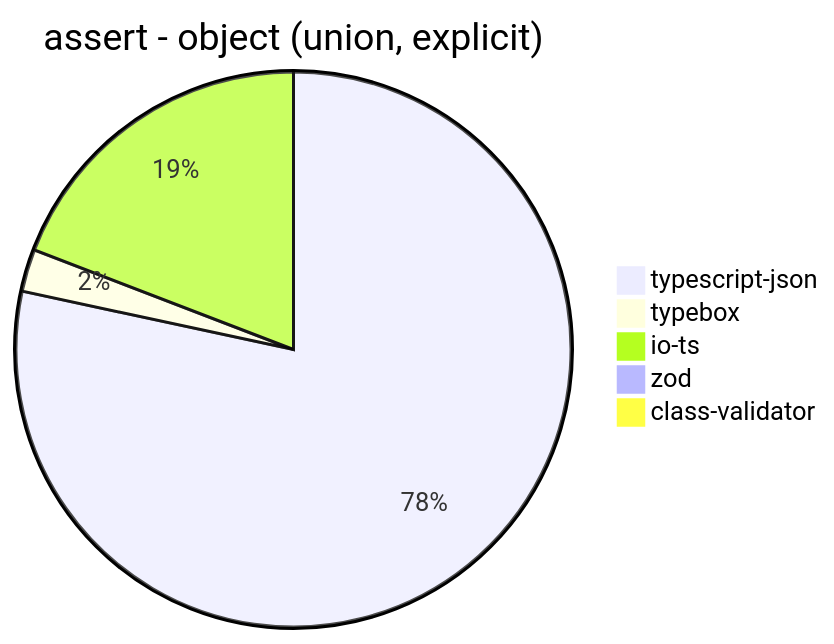
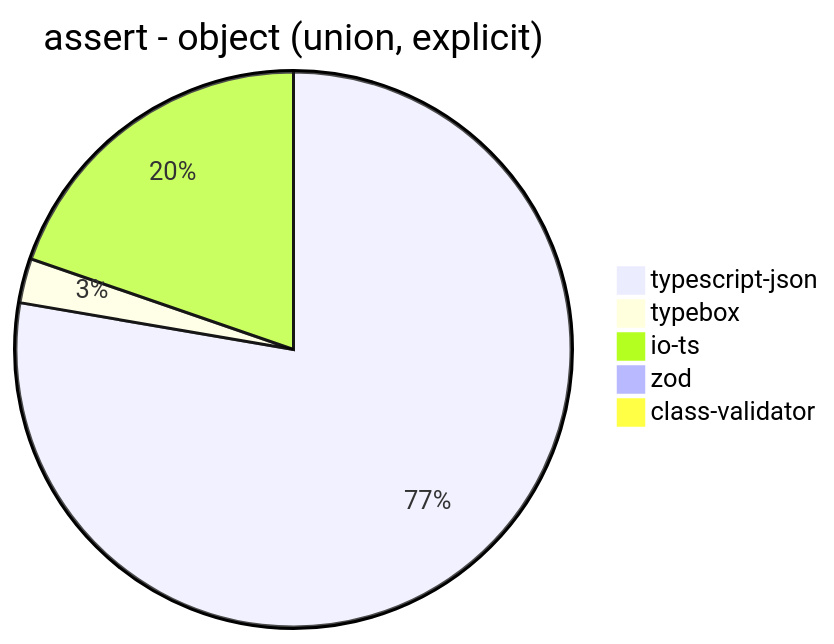
One commit to samchon/typia changed diagram 11 of 39 in benchmark/results/11th Gen Intel(R) Core(TM) i5-1135G7 @ 2.40GHz.md. Above: the diagram before and after it, drawn with Mermaid. The commit also changed other lines of this file and 177 other files, not shown here.

````diff
--- a/benchmark/results/11th Gen Intel(R) Core(TM) i5-1135G7 @ 2.40GHz.md
+++ b/benchmark/results/11th Gen Intel(R) Core(TM) i5-1135G7 @ 2.40GHz.md
@@ -146,8 +146,8 @@
 ```mermaid
 pie title assert - object (union, explicit)
-  "typescript-json": 4375.366568914956
-  "typebox": 137.54578754578753
-  "io-ts": 1069.8447893569844
-  "zod": 33.21580998329931
-  "class-validator": 16.276517922457938
+  "typescript-json": 4308.766770814189
+  "typebox": 143.59985657941914
+  "io-ts": 1092.998009770219
+  "zod": 32.08152481600302
+  "class-validator": 16.581872997927263
 ```
````
